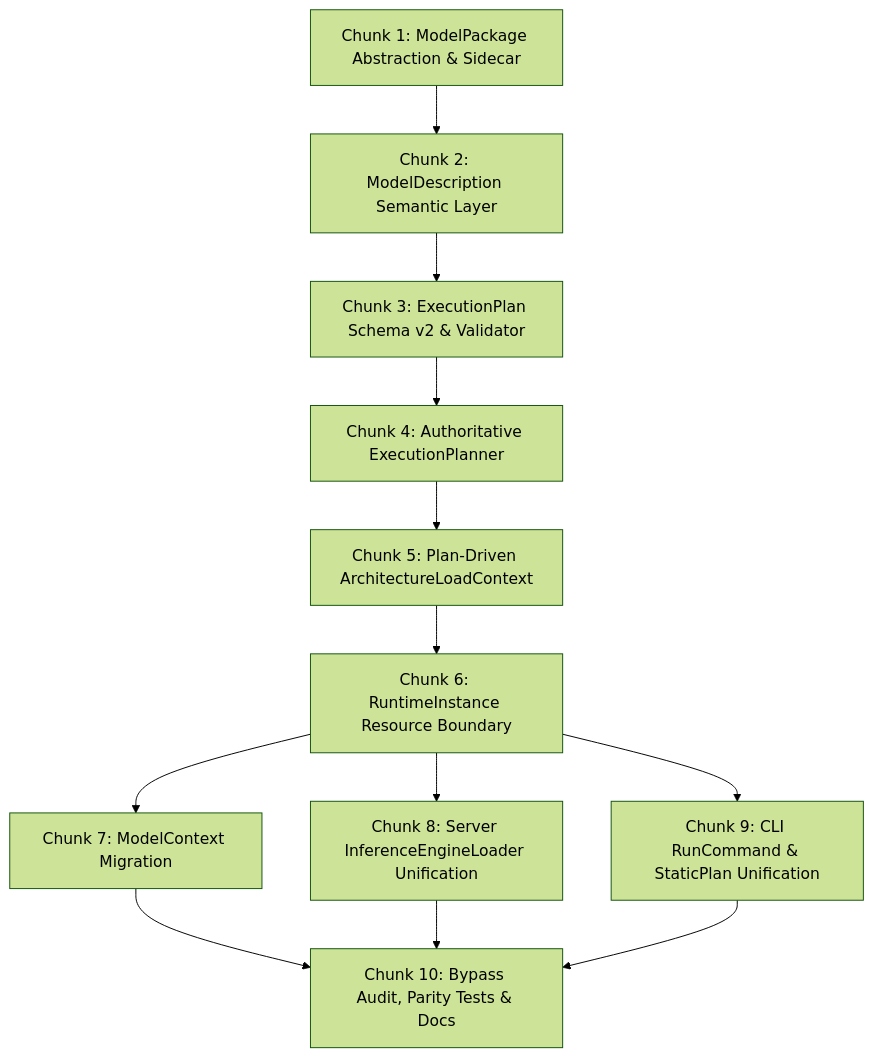
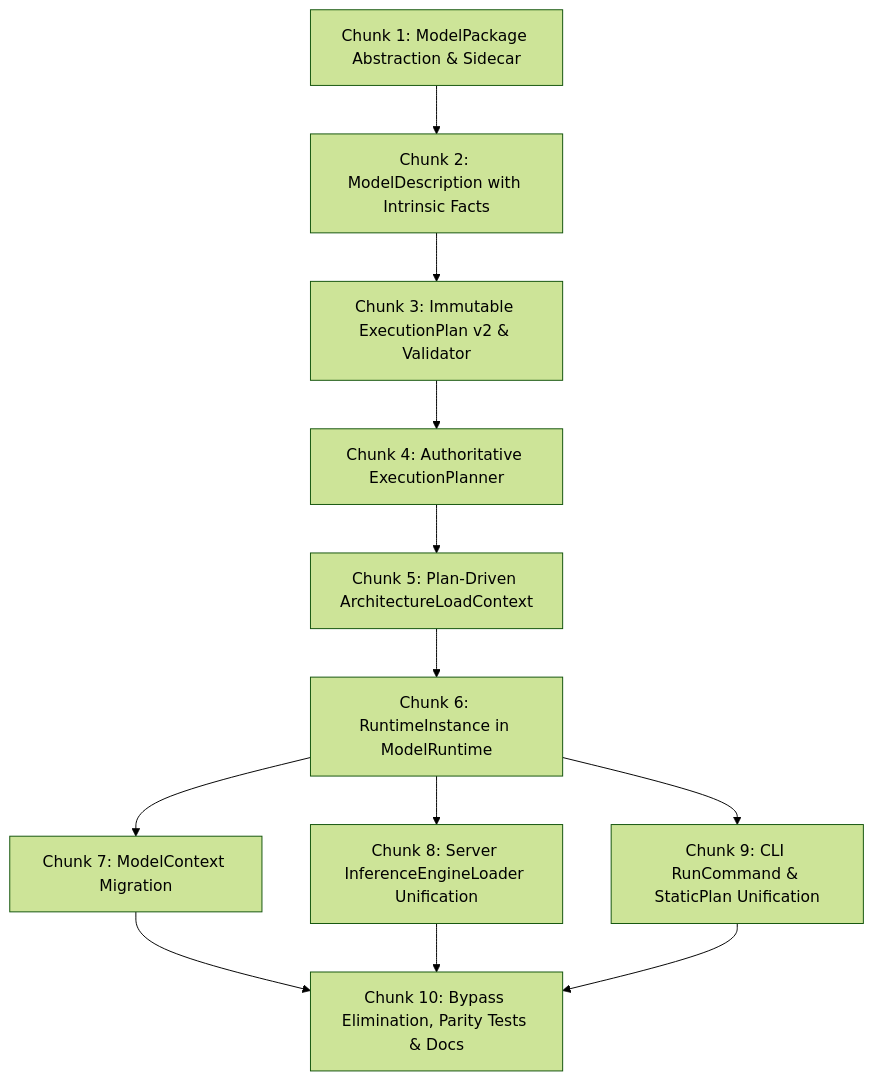
One commit to opentail-net/OpenTail.Stingray changed the diagram in docs/3-product-and-runtime/2026-10-06-execution-plan-runtime-architecture-plan.md. Above: the diagram before and after it, drawn with Mermaid (forest theme). The commit also changed other lines of this file, not shown here.

Commit message:
Incorporate 17 architectural amendments into ExecutionPlan runtime plan

````diff
--- a/docs/3-product-and-runtime/2026-10-06-execution-plan-runtime-architecture-plan.md
+++ b/docs/3-product-and-runtime/2026-10-06-execution-plan-runtime-architecture-plan.md
@@ -98,14 +136,14 @@
 ```mermaid
 graph TD
-    C1[Chunk 1: ModelPackage Abstraction & Sidecar] --> C2[Chunk 2: ModelDescription Semantic Layer]
-    C2 --> C3[Chunk 3: ExecutionPlan Schema v2 & Validator]
+    C1[Chunk 1: ModelPackage Abstraction & Sidecar] --> C2[Chunk 2: ModelDescription with Intrinsic Facts]
+    C2 --> C3[Chunk 3: Immutable ExecutionPlan v2 & Validator]
     C3 --> C4[Chunk 4: Authoritative ExecutionPlanner]
     C4 --> C5[Chunk 5: Plan-Driven ArchitectureLoadContext]
-    C5 --> C6[Chunk 6: RuntimeInstance Resource Boundary]
+    C5 --> C6[Chunk 6: RuntimeInstance in ModelRuntime]
     C6 --> C7[Chunk 7: ModelContext Migration]
     C6 --> C8[Chunk 8: Server InferenceEngineLoader Unification]
     C6 --> C9[Chunk 9: CLI RunCommand & StaticPlan Unification]
-    C7 --> C10[Chunk 10: Bypass Audit, Parity Tests & Docs]
+    C7 --> C10[Chunk 10: Bypass Elimination, Parity Tests & Docs]
     C8 --> C10
     C9 --> C10
 ```
````
